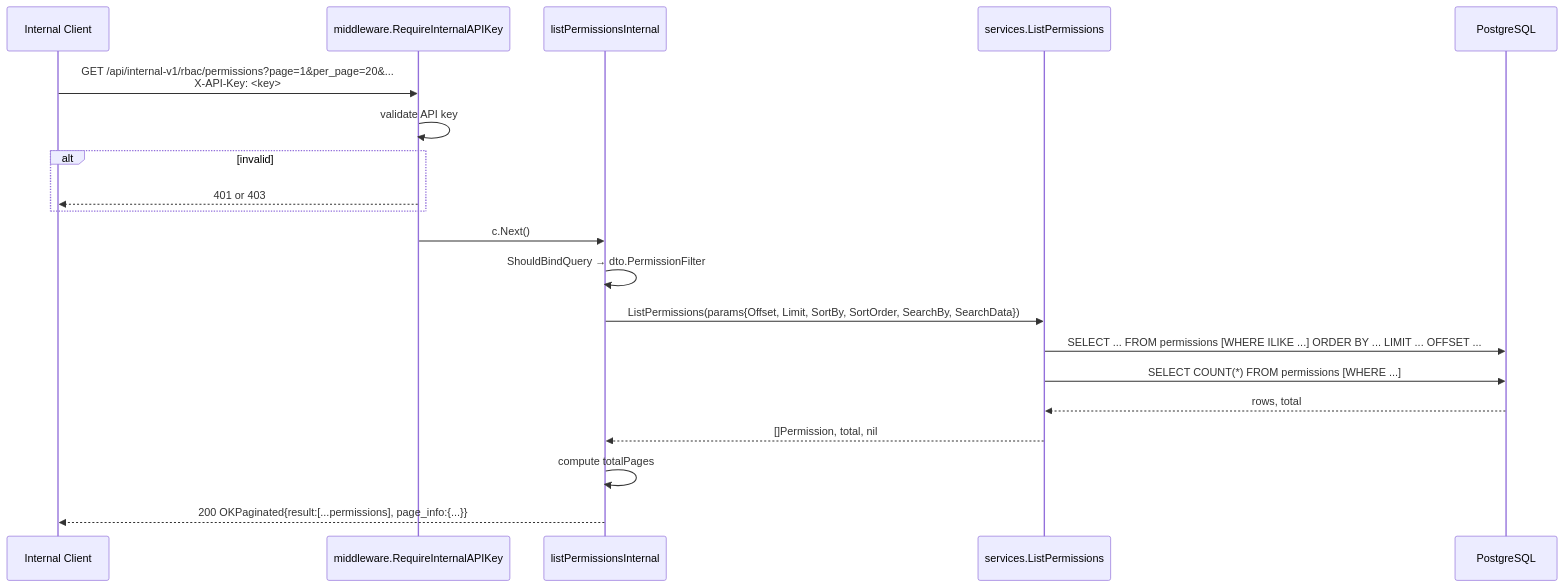
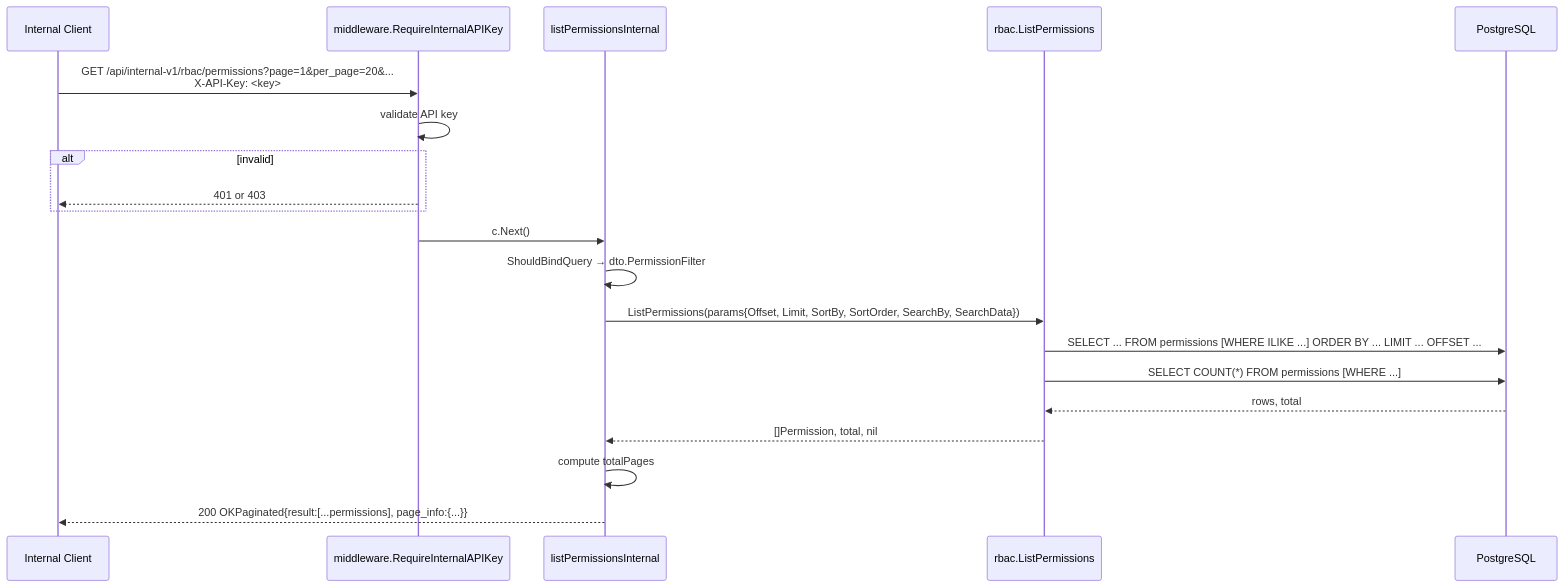
One commit to lkienkle11/be-mycourse changed diagram 11 of 23 in docs/sequence_diagrams.md. Above: the diagram before and after it, drawn with Mermaid. The commit also changed other lines of this file and 19 other files, not shown here.

Commit message:
docs: align architecture and module docs with package refactor

````diff
--- a/docs/sequence_diagrams.md
+++ b/docs/sequence_diagrams.md
@@ -525,25 +525,25 @@
 ```mermaid
 sequenceDiagram
     participant C as Internal Client
     participant MW as middleware.RequireInternalAPIKey
     participant H as listPermissionsInternal
-    participant SVC as services.ListPermissions
+    participant SVC as rbac.ListPermissions
     participant DB as PostgreSQL
 
     C->>MW: GET /api/internal-v1/rbac/permissions?page=1&per_page=20&...<br/>X-API-Key: <key>
     MW->>MW: validate API key
     alt invalid
         MW-->>C: 401 or 403
     end
     MW->>H: c.Next()
 
     H->>H: ShouldBindQuery → dto.PermissionFilter
     H->>SVC: ListPermissions(params{Offset, Limit, SortBy, SortOrder, SearchBy, SearchData})
     SVC->>DB: SELECT ... FROM permissions [WHERE ILIKE ...] ORDER BY ... LIMIT ... OFFSET ...
     SVC->>DB: SELECT COUNT(*) FROM permissions [WHERE ...]
     DB-->>SVC: rows, total
     SVC-->>H: []Permission, total, nil
 
     H->>H: compute totalPages
     H-->>C: 200 OKPaginated{result:[...permissions], page_info:{...}}
 ```
````
